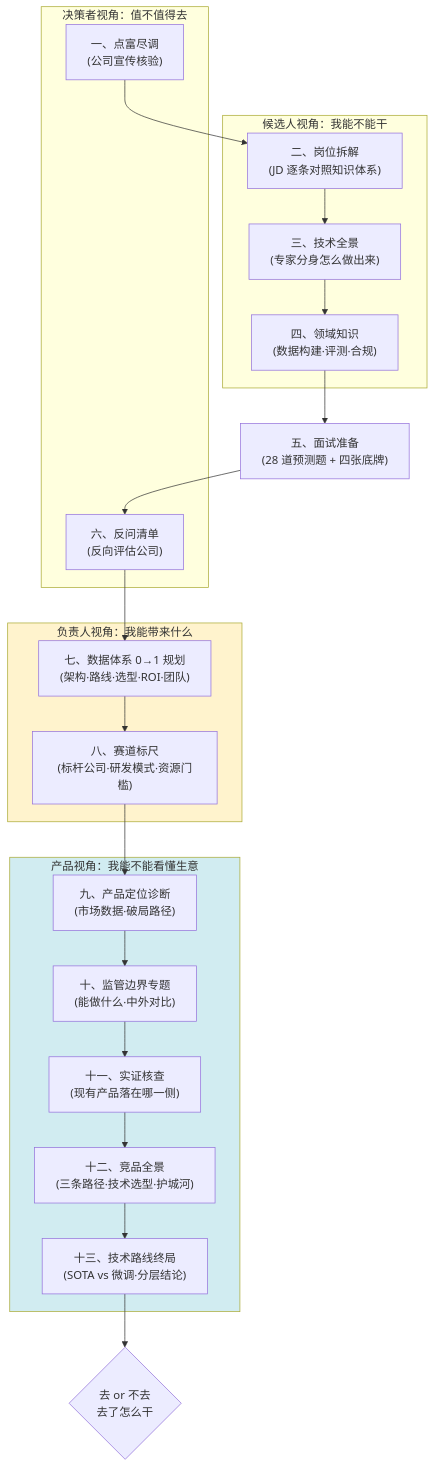
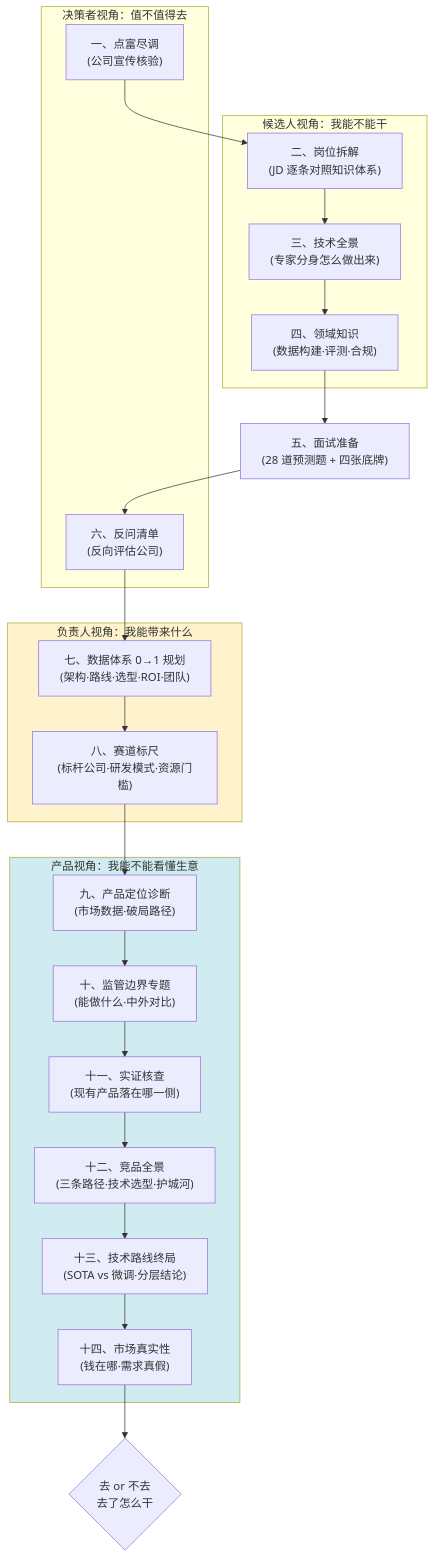
The first of 30 diagrams in part7-ai-engineering/12-案例-点富科技大模型数据评测岗.md (LiPingjiang/Full-Stack-Knowledge-Book), drawn with Mermaid before and after one commit. The commit also changed other lines of this file and 2 other files, not shown here.

````diff
--- a/part7-ai-engineering/12-案例-点富科技大模型数据评测岗.md
+++ b/part7-ai-engineering/12-案例-点富科技大模型数据评测岗.md
@@ -32,30 +32,31 @@
 ```mermaid
 flowchart TD
     subgraph S1["候选人视角：我能不能干"]
         B["二、岗位拆解<br/>(JD 逐条对照知识体系)"]
         C["三、技术全景<br/>(专家分身怎么做出来)"]
         D["四、领域知识<br/>(数据构建·评测·合规)"]
     end
     subgraph S2["决策者视角：值不值得去"]
         A["一、点富尽调<br/>(公司宣传核验)"]
         F["六、反问清单<br/>(反向评估公司)"]
     end
     subgraph S3["负责人视角：我能带来什么"]
         G["七、数据体系 0→1 规划<br/>(架构·路线·选型·ROI·团队)"]
         I["八、赛道标尺<br/>(标杆公司·研发模式·资源门槛)"]
     end
     subgraph S4["产品视角：我能不能看懂生意"]
         J["九、产品定位诊断<br/>(市场数据·破局路径)"]
         K["十、监管边界专题<br/>(能做什么·中外对比)"]
         L["十一、实证核查<br/>(现有产品落在哪一侧)"]
         M["十二、竞品全景<br/>(三条路径·技术选型·护城河)"]
         N["十三、技术路线终局<br/>(SOTA vs 微调·分层结论)"]
+        O["十四、市场真实性<br/>(钱在哪·需求真假)"]
     end
 
     A --> B --> C --> D --> E["五、面试准备<br/>(28 道预测题 + 四张底牌)"]
-    E --> F --> G --> I --> J --> K --> L --> M --> N
-    N --> H{"去 or 不去<br/>去了怎么干"}
+    E --> F --> G --> I --> J --> K --> L --> M --> N --> O
+    O --> H{"去 or 不去<br/>去了怎么干"}
 
     style S3 fill:#fff3cd
     style S4 fill:#d1ecf1
 ```
````
